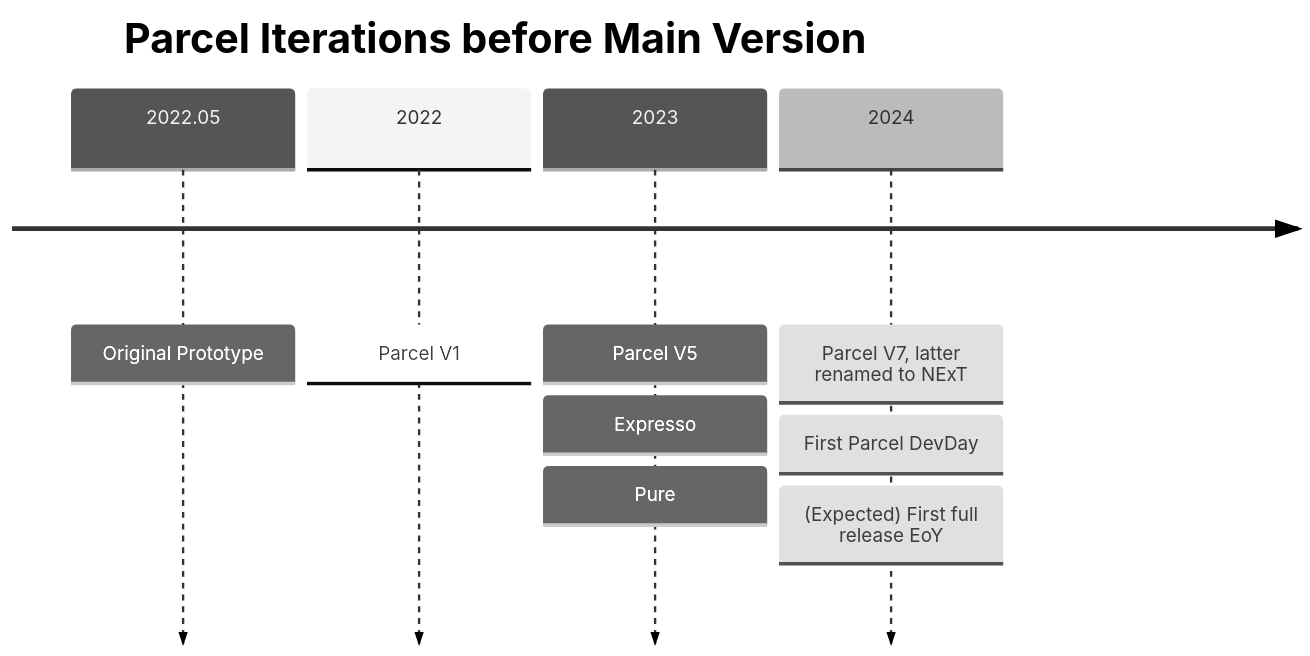
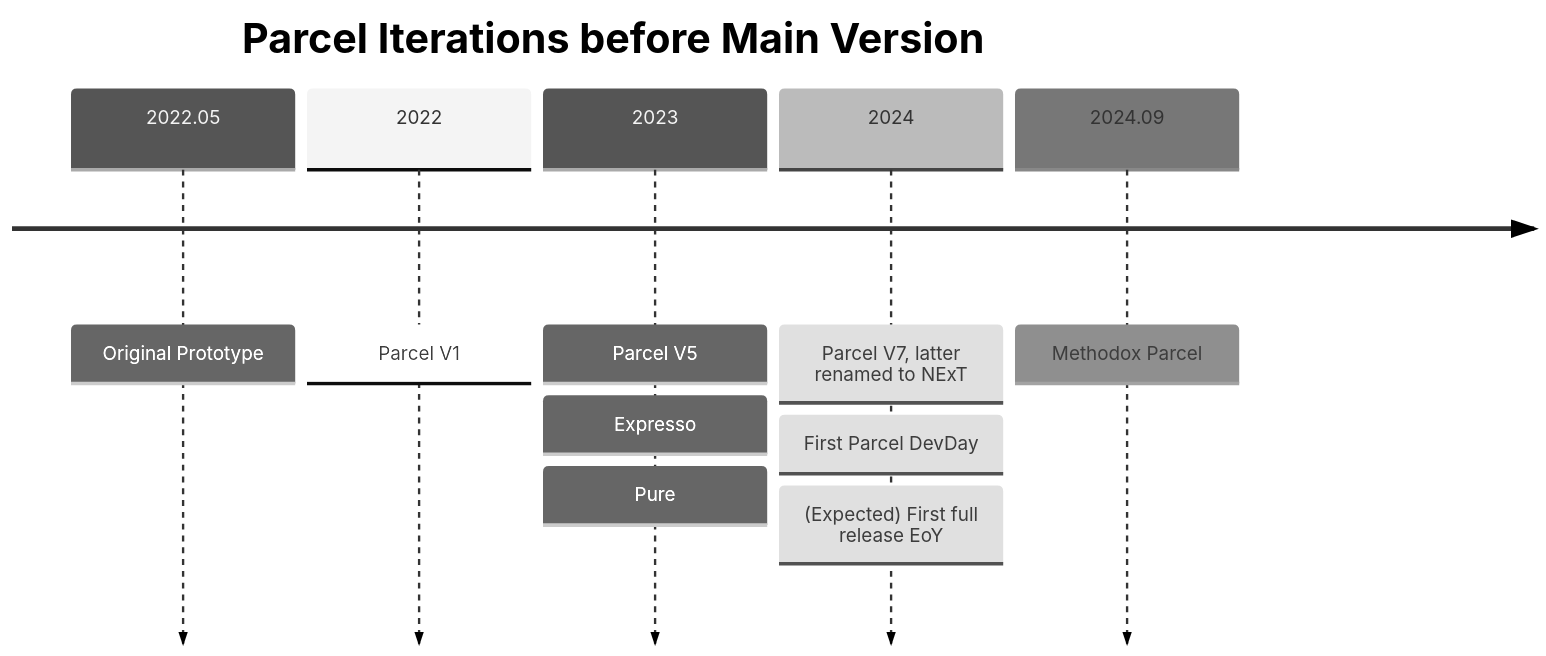
One commit to Methodox-Technologies/.github changed the diagram in profile/README.md. Above: the diagram before and after it, drawn with Mermaid (neutral theme).

````diff
--- a/profile/README.md
+++ b/profile/README.md
@@ -51,16 +51,18 @@
 ```mermaid
 timeline
 title Parcel Iterations before Main Version
   2022.05
     : Original Prototype
   2022
     : Parcel V1
   2023
     : Parcel V5
     : Expresso
     : Pure
   2024
     : Parcel V7, latter renamed to NExT
     : First Parcel DevDay
     : (Expected) First full release EoY
+  2024.09
+    : Methodox Parcel
 ```
````
